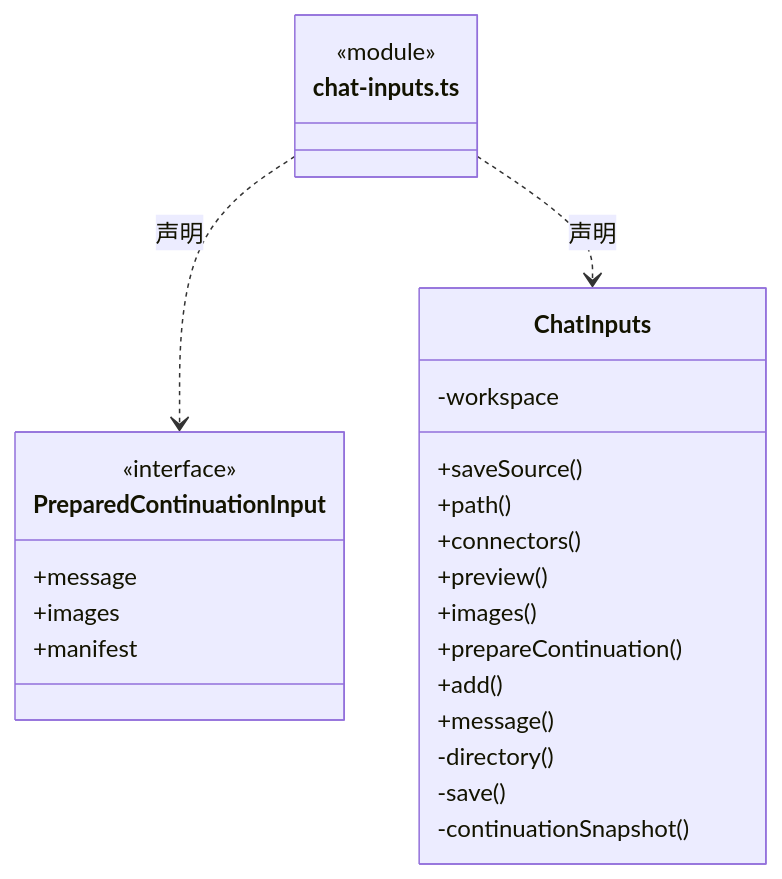
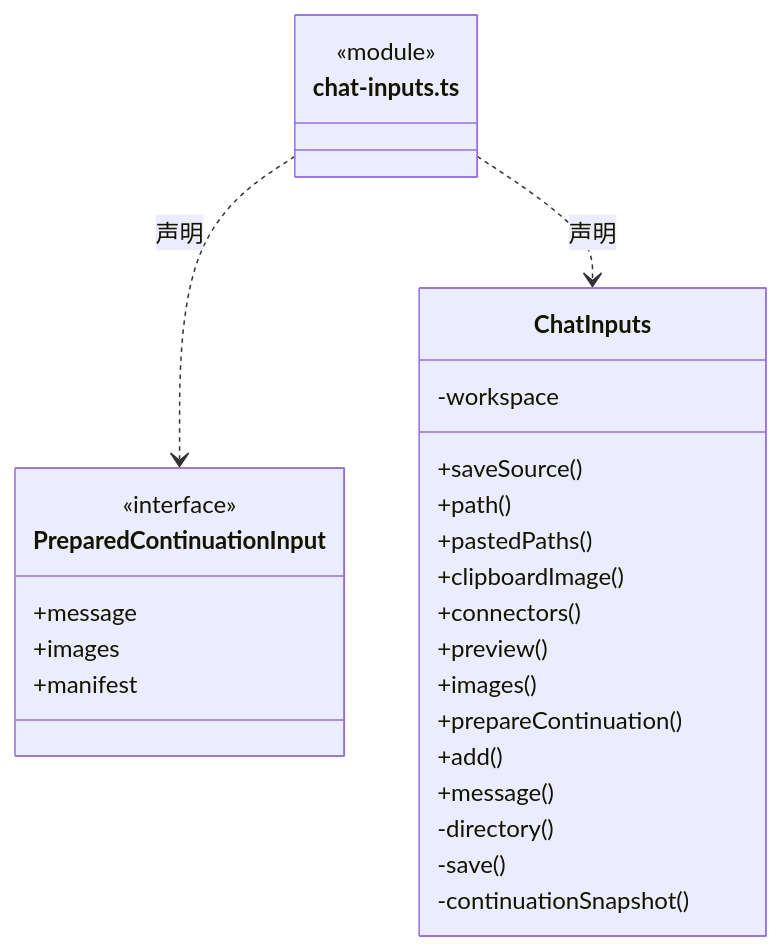
One commit to nan023062/cbim changed the third of 15 diagrams in src/backend/main/persistence/tasks/ARCHITECTURE.md. Above: the diagram before and after it, drawn with Mermaid. The commit also changed other lines of this file and 21 other files, not shown here.

````diff
--- a/src/backend/main/persistence/tasks/ARCHITECTURE.md
+++ b/src/backend/main/persistence/tasks/ARCHITECTURE.md
@@ -75,28 +75,30 @@
 ```mermaid
 classDiagram
 class N_src_backend_main_persistence_tasks_chat_inputs_ts["chat-inputs.ts"] {
   <<module>>
 }
 class N_src_backend_main_persistence_tasks_chat_inputs_ts_PreparedContinuationInput["PreparedContinuationInput"] {
   <<interface>>
   +message
   +images
   +manifest
 }
 N_src_backend_main_persistence_tasks_chat_inputs_ts ..> N_src_backend_main_persistence_tasks_chat_inputs_ts_PreparedContinuationInput : 声明
 class N_src_backend_main_persistence_tasks_chat_inputs_ts_ChatInputs["ChatInputs"] {
   +saveSource()
   +path()
+  +pastedPaths()
+  +clipboardImage()
   +connectors()
   +preview()
   +images()
   +prepareContinuation()
   +add()
   +message()
   -workspace
   -directory()
   -save()
   -continuationSnapshot()
 }
 N_src_backend_main_persistence_tasks_chat_inputs_ts ..> N_src_backend_main_persistence_tasks_chat_inputs_ts_ChatInputs : 声明
 ```
````
